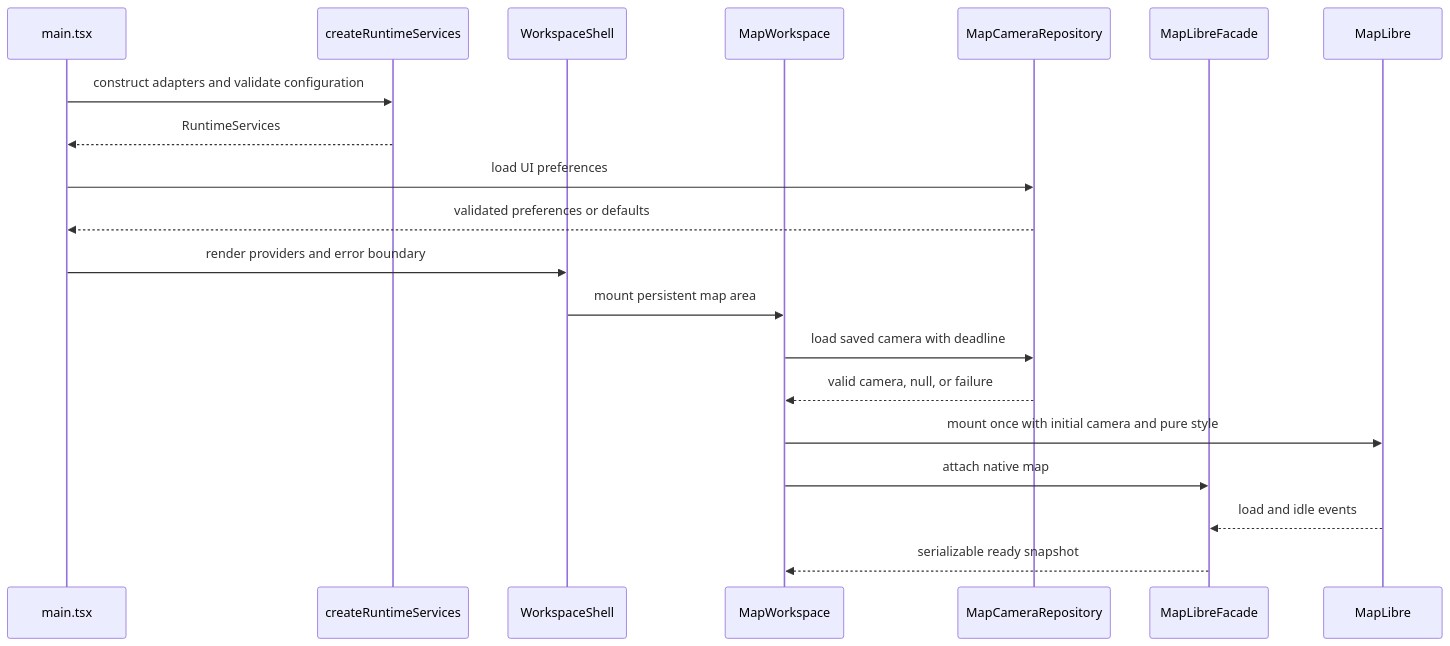
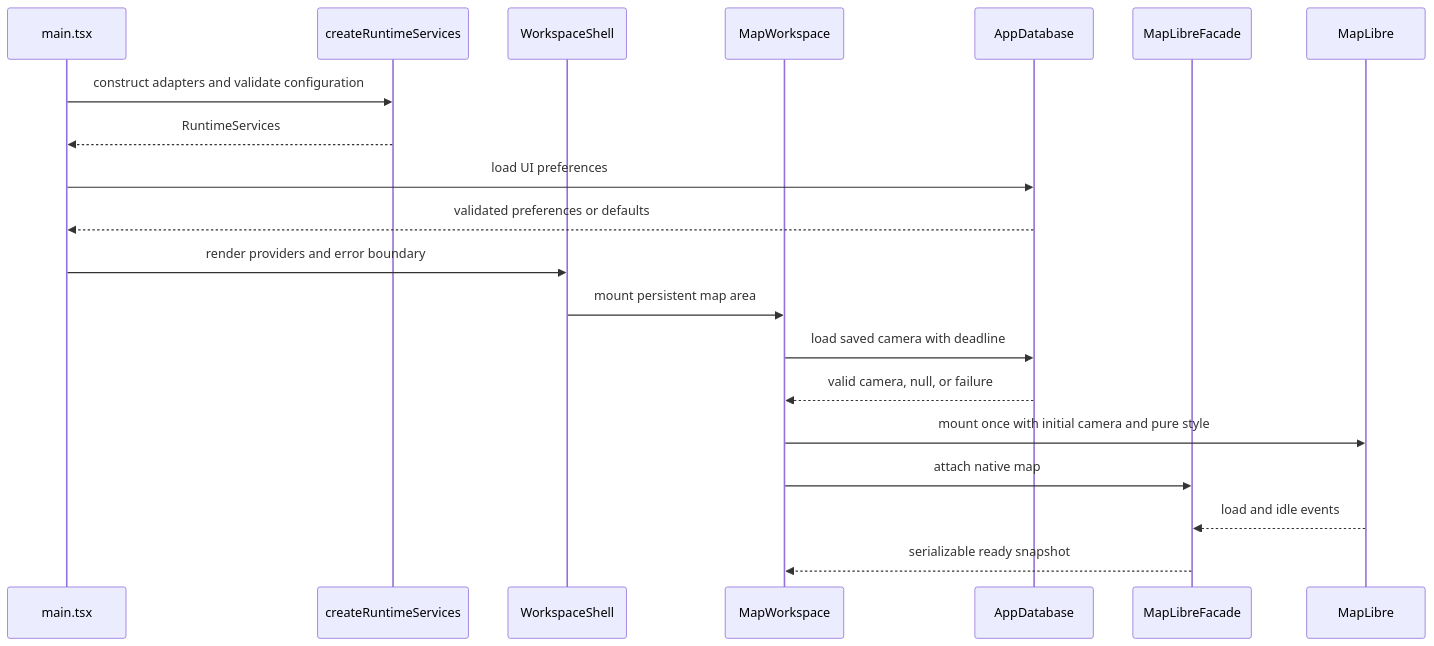
The first of 5 diagrams in docs/runtime-flows.md (bogdandm/georgia-routing-planner), drawn with Mermaid before and after one commit. The commit also changed 23 other files, not shown here.

````diff
--- a/docs/runtime-flows.md
+++ b/docs/runtime-flows.md
@@ -5,23 +5,23 @@
 ```mermaid
 sequenceDiagram
   participant Entry as main.tsx
   participant Root as createRuntimeServices
   participant UI as WorkspaceShell
   participant Workspace as MapWorkspace
-  participant Storage as MapCameraRepository
+  participant Storage as AppDatabase
   participant Facade as MapLibreFacade
   participant Map as MapLibre
 
   Entry->>Root: construct adapters and validate configuration
   Root-->>Entry: RuntimeServices
   Entry->>Storage: load UI preferences
   Storage-->>Entry: validated preferences or defaults
   Entry->>UI: render providers and error boundary
   UI->>Workspace: mount persistent map area
   Workspace->>Storage: load saved camera with deadline
   Storage-->>Workspace: valid camera, null, or failure
   Workspace->>Map: mount once with initial camera and pure style
   Workspace->>Facade: attach native map
   Map-->>Facade: load and idle events
   Facade-->>Workspace: serializable ready snapshot
 ```
````
